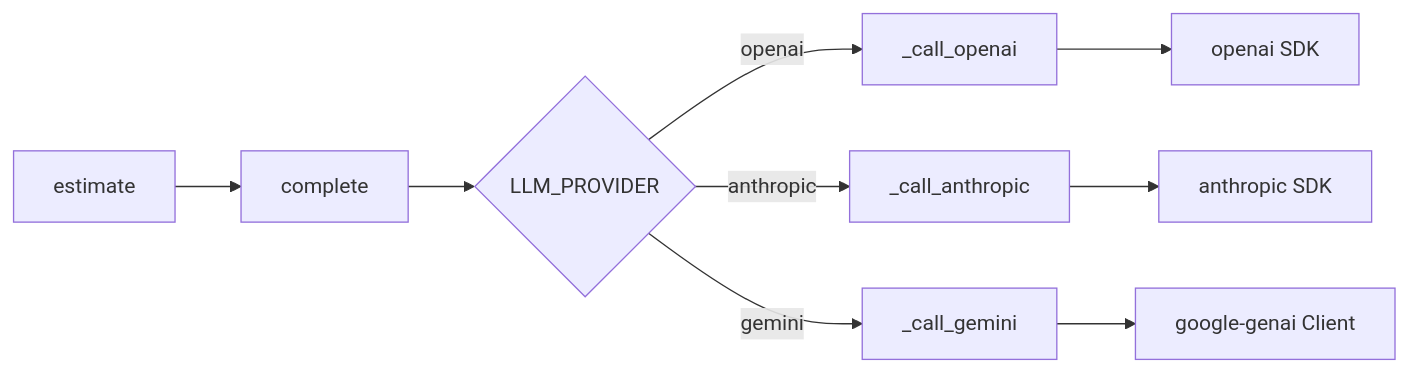
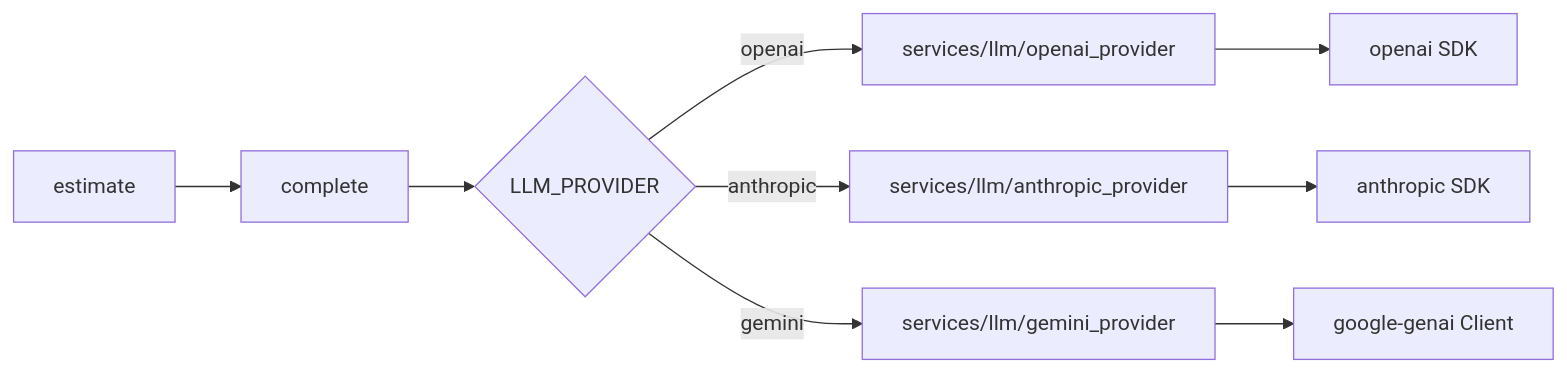
Before and after one commit to osuarez1/cag-estimator: the third of 4 diagrams in docs/ARCHITECTURE.md, drawn with Mermaid. The commit also changed other lines of this file, not shown here.

First line of the commit message:
docs(architecture): reflect llm module split in diagrams and layout

````diff
--- a/docs/ARCHITECTURE.md
+++ b/docs/ARCHITECTURE.md
@@ -134,11 +150,11 @@
 ```mermaid
 flowchart LR
   estimate[estimate] --> complete[complete]
   complete --> dispatch{LLM_PROVIDER}
-  dispatch -->|openai| oa[_call_openai]
-  dispatch -->|anthropic| an[_call_anthropic]
-  dispatch -->|gemini| ge[_call_gemini]
+  dispatch -->|openai| oa[services/llm/openai_provider]
+  dispatch -->|anthropic| an[services/llm/anthropic_provider]
+  dispatch -->|gemini| ge[services/llm/gemini_provider]
   oa --> sdkO[openai SDK]
   an --> sdkA[anthropic SDK]
   ge --> sdkG[google-genai Client]
 ```
````
